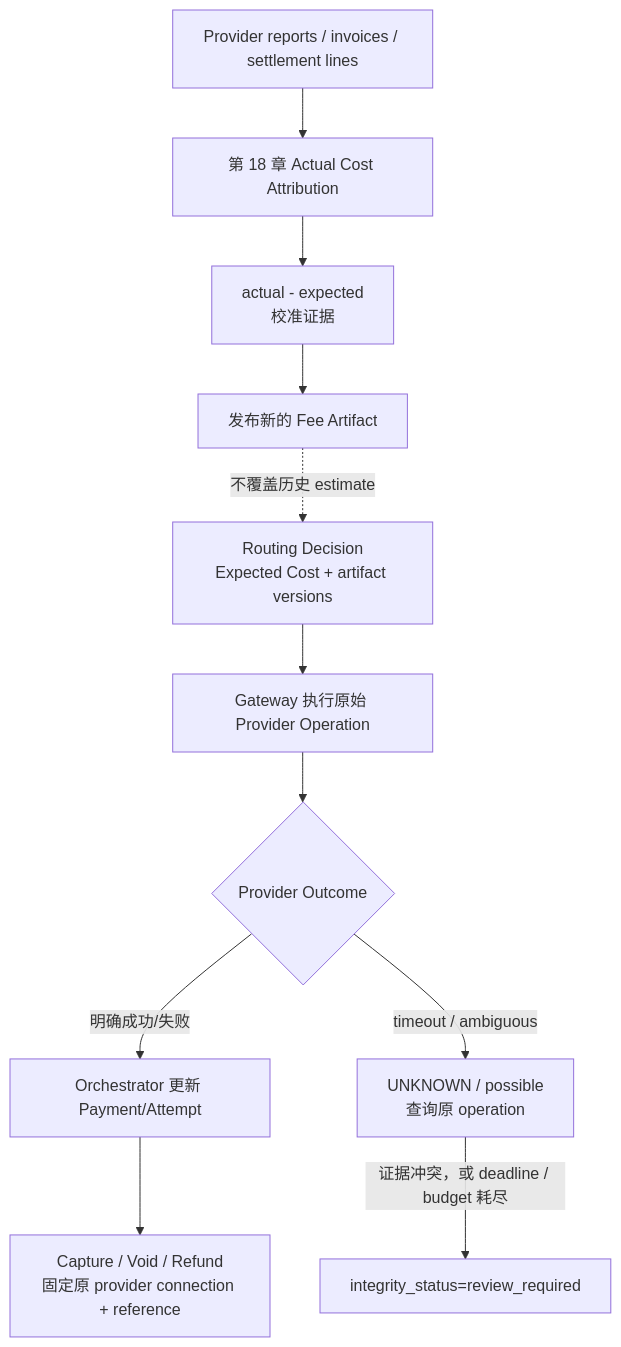
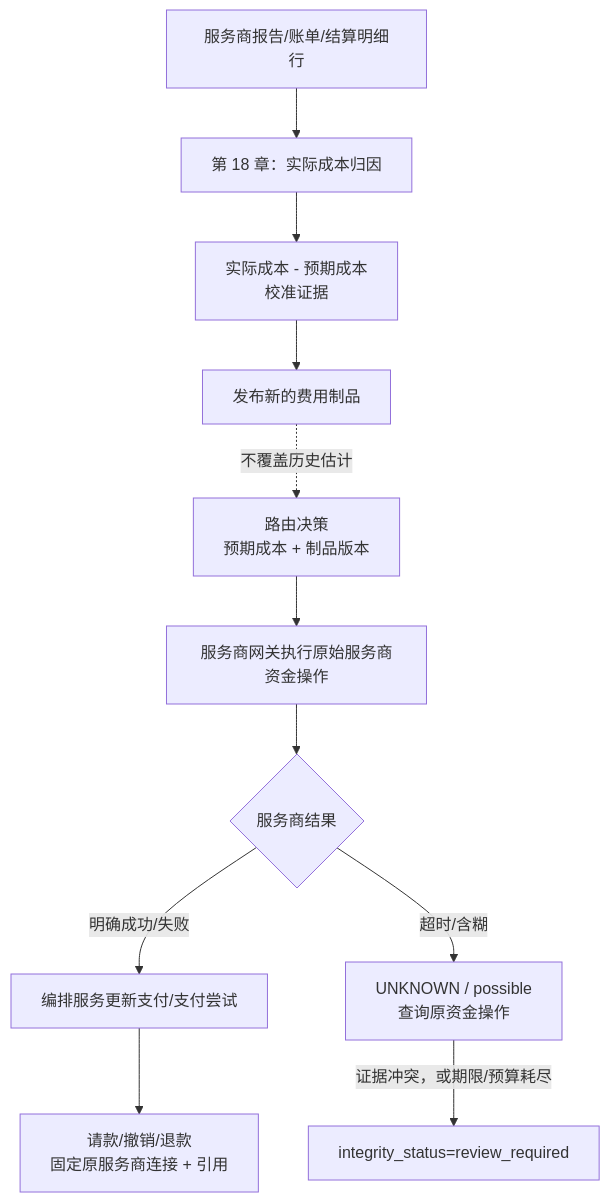
One commit to YouEclipse/Designing-Modern-Payment-Systems changed the third of 3 diagrams in part-2-routing-engine/cost-aware-routing.md. Above: the diagram before and after it, drawn with Mermaid. The commit also changed other lines of this file and 59 other files, not shown here.

````diff
--- a/part-2-routing-engine/cost-aware-routing.md
+++ b/part-2-routing-engine/cost-aware-routing.md
@@ -483,14 +483,14 @@
 ```mermaid
 flowchart TB
-    Decision["Routing Decision<br/>Expected Cost + artifact versions"] --> Execute["Gateway 执行原始 Provider Operation"]
-    Execute --> Outcome{"Provider Outcome"}
-    Outcome -->|"明确成功/失败"| PaymentState["Orchestrator 更新 Payment/Attempt"]
-    Outcome -->|"timeout / ambiguous"| Unknown["UNKNOWN / possible<br/>查询原 operation"]
-    Unknown -->|"证据冲突，或 deadline / budget 耗尽"| Review["integrity_status=review_required"]
-    PaymentState --> LaterOps["Capture / Void / Refund<br/>固定原 provider connection + reference"]
+    Decision["路由决策<br/>预期成本 + 制品版本"] --> Execute["服务商网关执行原始服务商资金操作"]
+    Execute --> Outcome{"服务商结果"}
+    Outcome -->|"明确成功/失败"| PaymentState["编排服务更新支付/支付尝试"]
+    Outcome -->|"超时/含糊"| Unknown["UNKNOWN / possible<br/>查询原资金操作"]
+    Unknown -->|"证据冲突，或期限/预算耗尽"| Review["integrity_status=review_required"]
+    PaymentState --> LaterOps["请款/撤销/退款<br/>固定原服务商连接 + 引用"]
 
-    Reports["Provider reports / invoices / settlement lines"] --> Attribution["第 18 章 Actual Cost Attribution"]
-    Attribution --> Compare["actual - expected<br/>校准证据"]
-    Compare --> NewArtifact["发布新的 Fee Artifact"]
-    NewArtifact -.->|"不覆盖历史 estimate"| Decision
+    Reports["服务商报告/账单/结算明细行"] --> Attribution["第 18 章：实际成本归因"]
+    Attribution --> Compare["实际成本 - 预期成本<br/>校准证据"]
+    Compare --> NewArtifact["发布新的费用制品"]
+    NewArtifact -.->|"不覆盖历史估计"| Decision
 ```
````
